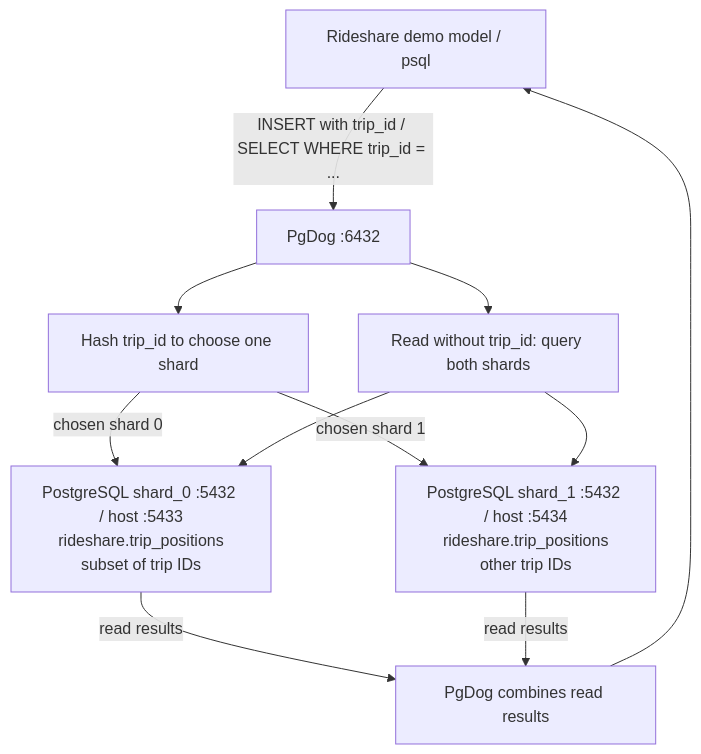
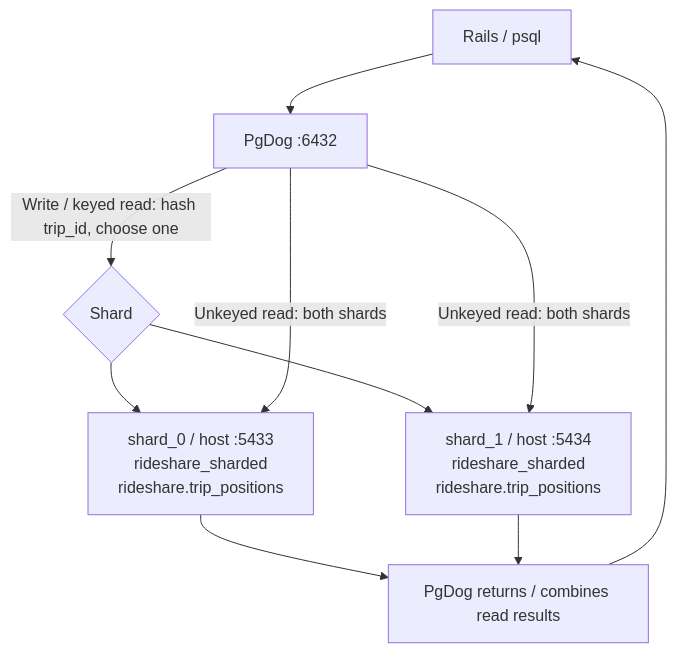
The diagram in db/sharding/README.md (andyatkinson/rideshare), drawn with Mermaid before and after one commit. The commit also changed other lines of this file and 6 other files, not shown here.

````diff
--- a/db/sharding/README.md
+++ b/db/sharding/README.md
@@ -15,20 +12,12 @@
 ```mermaid
 flowchart TD
-    Client["Rideshare demo model / psql"]
-    Proxy["PgDog :6432"]
-    Key["Hash trip_id to choose one shard"]
-    Fanout["Read without trip_id: query both shards"]
-    S0["PostgreSQL shard_0 :5432 / host :5433<br/>rideshare.trip_positions<br/>subset of trip IDs"]
-    S1["PostgreSQL shard_1 :5432 / host :5434<br/>rideshare.trip_positions<br/>other trip IDs"]
-    Merge["PgDog combines read results"]
-    Client -->|"INSERT with trip_id / SELECT WHERE trip_id = ..."| Proxy
-    Proxy --> Key
-    Key -->|"chosen shard 0"| S0
-    Key -->|"chosen shard 1"| S1
-    Proxy --> Fanout
-    Fanout --> S0
-    Fanout --> S1
-    S0 -->|"read results"| Merge
-    S1 -->|"read results"| Merge
-    Merge --> Client
+    Client["Rails / psql"] --> PgDog["PgDog :6432"]
+    PgDog -->|"Write / keyed read: hash trip_id, choose one"| Route{"Shard"}
+    Route --> S0["shard_0 / host :5433<br/>rideshare_sharded<br/>rideshare.trip_positions"]
+    Route --> S1["shard_1 / host :5434<br/>rideshare_sharded<br/>rideshare.trip_positions"]
+    PgDog -->|"Unkeyed read: both shards"| S0
+    PgDog -->|"Unkeyed read: both shards"| S1
+    S0 --> Results["PgDog returns / combines read results"]
+    S1 --> Results
+    Results --> Client
 ```
````
